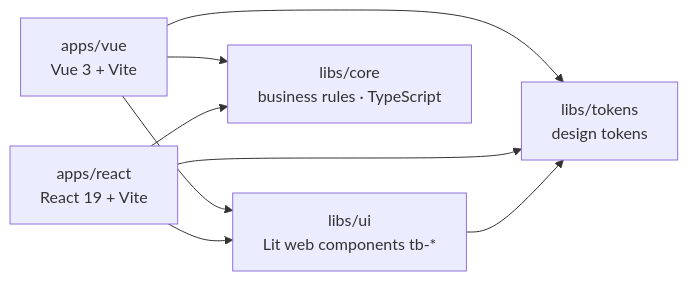
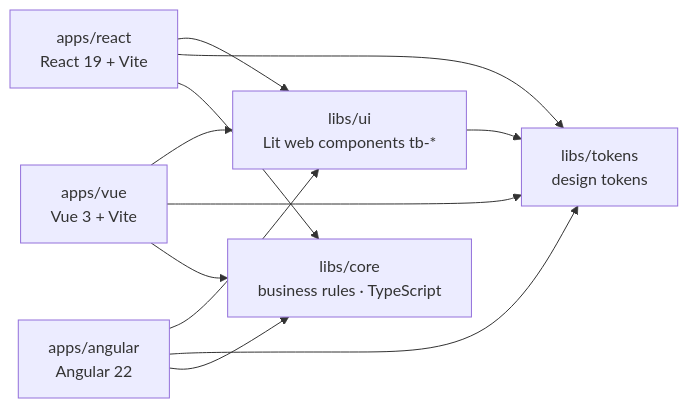
One commit to sbenitezma/tidebook changed the diagram in README.md. Above: the diagram before and after it, drawn with Mermaid. The commit also changed other lines of this file and 3 other files, not shown here.

````diff
--- a/README.md
+++ b/README.md
@@ -18,16 +19,20 @@
 ```mermaid
 flowchart LR
   react[apps/react<br/>React 19 + Vite]
   vue[apps/vue<br/>Vue 3 + Vite]
+  angular[apps/angular<br/>Angular 22]
   ui[libs/ui<br/>Lit web components tb-*]
   tokens[libs/tokens<br/>design tokens]
   core[libs/core<br/>business rules · TypeScript]
 
   react --> ui
   vue --> ui
+  angular --> ui
   ui --> tokens
   react --> tokens
   vue --> tokens
+  angular --> tokens
   react --> core
   vue --> core
+  angular --> core
 ```
````
